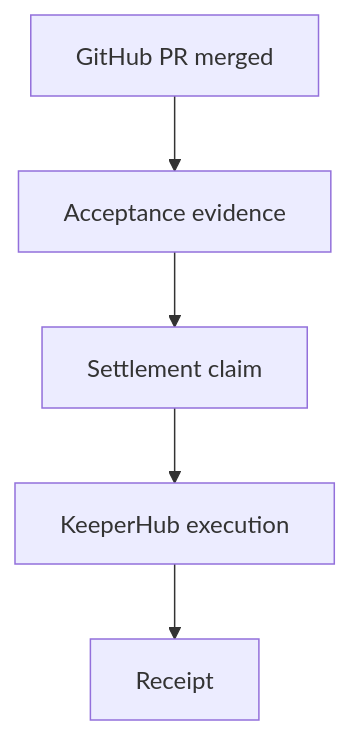
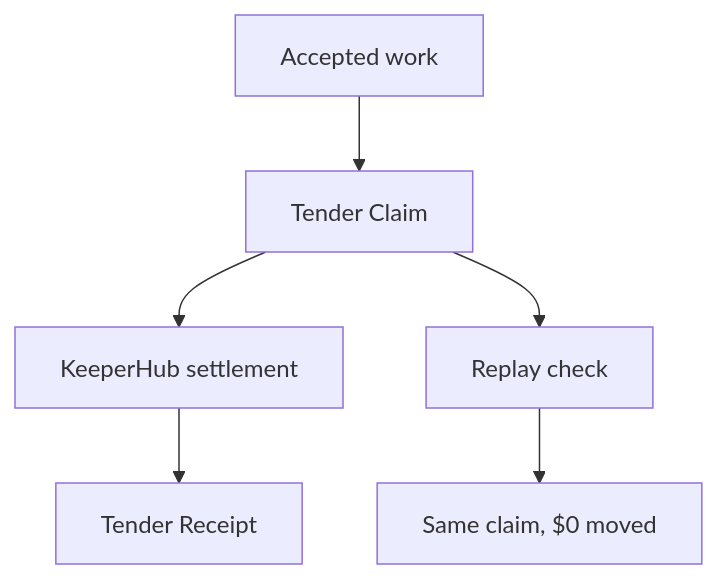
The diagram in README.md (Faadil1/tender), drawn with Mermaid before and after one commit. The commit also changed other lines of this file and 27 other files, not shown here.

Commit message:
Promote Tender Claim settlement model

````diff
--- a/README.md
+++ b/README.md
@@ -7,7 +7,8 @@
 ```mermaid
 flowchart TD
-  A["GitHub PR merged"] --> B["Acceptance evidence"]
-  B --> C["Settlement claim"]
-  C --> D["KeeperHub execution"]
-  D --> E["Receipt"]
+  A["Accepted work"] --> B["Tender Claim"]
+  B --> C["KeeperHub settlement"]
+  C --> D["Tender Receipt"]
+  B --> E["Replay check"]
+  E --> F["Same claim, $0 moved"]
 ```
````
